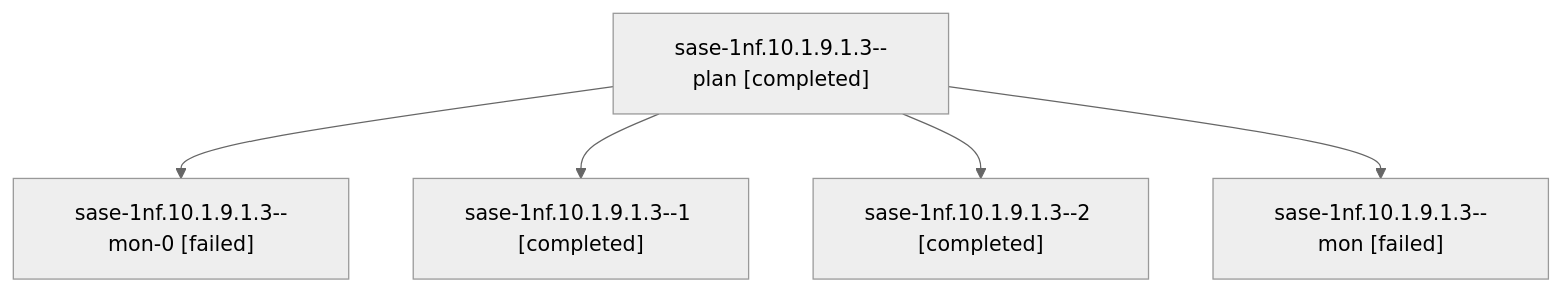
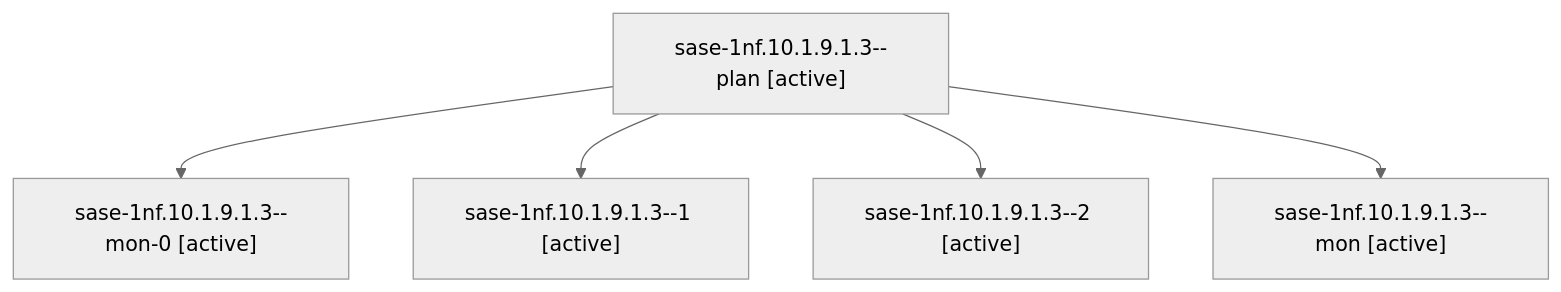
The diagram in sessions/bbugyi200.athena.sase-1nf.10.1.9.1.3.md (sase-org/sase--agents), drawn with Mermaid (neutral theme) before and after one commit. The commit also changed other lines of this file and 136 other files, not shown here.

````diff
--- a/sessions/bbugyi200.athena.sase-1nf.10.1.9.1.3.md
+++ b/sessions/bbugyi200.athena.sase-1nf.10.1.9.1.3.md
@@ -9,12 +9,12 @@
 ```mermaid
 flowchart TD
-  n0["sase-1nf.10.1.9.1.3--plan [completed]"]
-  n1["sase-1nf.10.1.9.1.3--mon-0 [failed]"]
+  n0["sase-1nf.10.1.9.1.3--plan [active]"]
+  n1["sase-1nf.10.1.9.1.3--mon-0 [active]"]
   n0 --> n1
-  n2["sase-1nf.10.1.9.1.3--1 [completed]"]
+  n2["sase-1nf.10.1.9.1.3--1 [active]"]
   n0 --> n2
-  n3["sase-1nf.10.1.9.1.3--2 [completed]"]
+  n3["sase-1nf.10.1.9.1.3--2 [active]"]
   n0 --> n3
-  n4["sase-1nf.10.1.9.1.3--mon [failed]"]
+  n4["sase-1nf.10.1.9.1.3--mon [active]"]
   n0 --> n4
 ```
````
